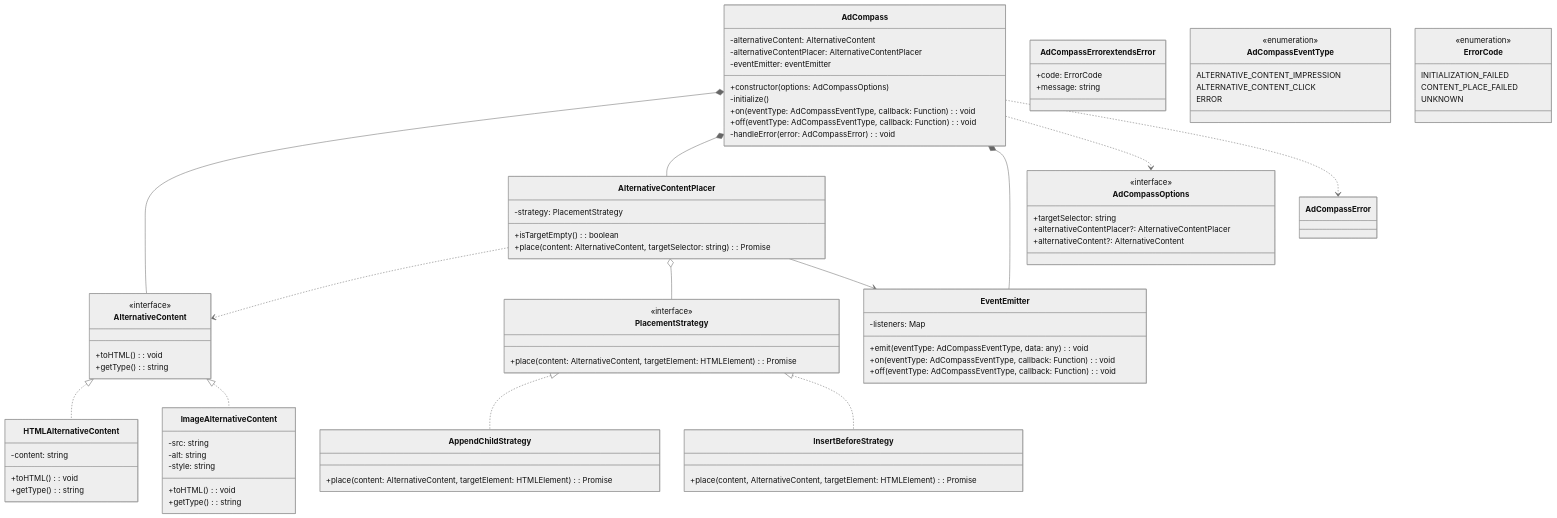
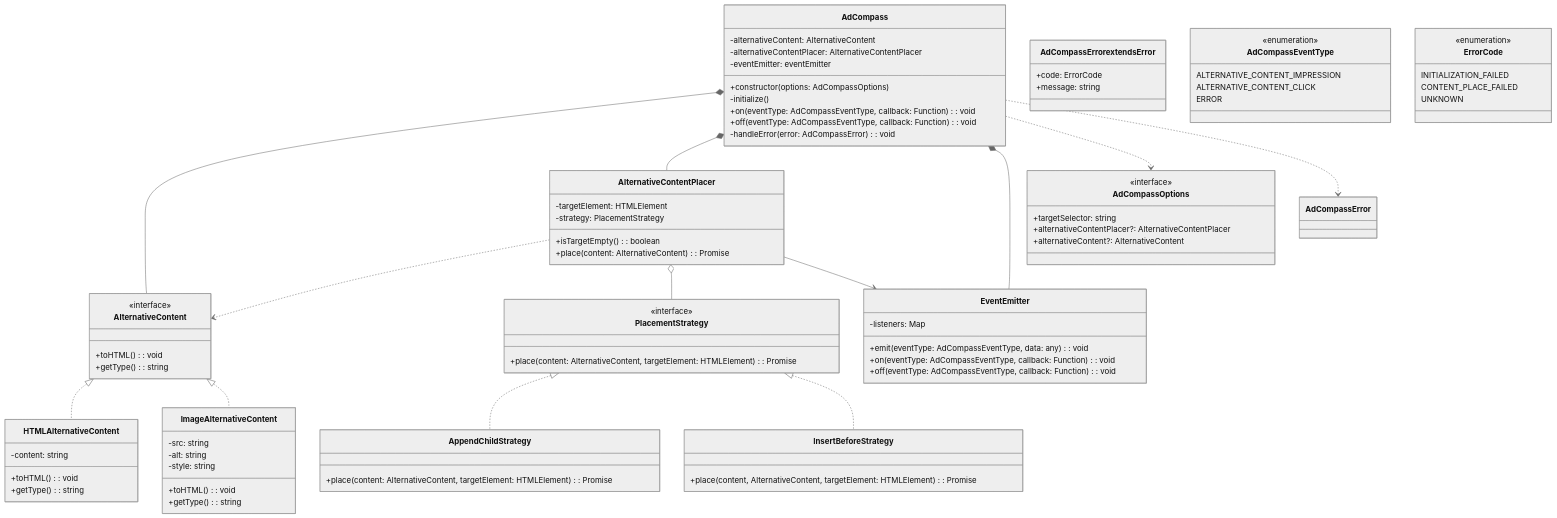
The diagram in docs/architecture/class-diagram.md (hogekai/ad-compass), drawn with Mermaid (neutral theme) before and after one commit. The commit also changed 2 other files, not shown here.

Commit message:
Add test alternative content placer isTargetEmpty

```diff
--- a/docs/architecture/class-diagram.md
+++ b/docs/architecture/class-diagram.md
@@ -49,9 +49,10 @@
     }
 
     class AlternativeContentPlacer {
+        -targetElement: HTMLElement
         -strategy: PlacementStrategy
         +isTargetEmpty(): boolean
-        +place(content: AlternativeContent, targetSelector: string): Promise<HTMLElement>
+        +place(content: AlternativeContent): Promise<HTMLElement>
     }
 
     class PlacementStrategy {
```
